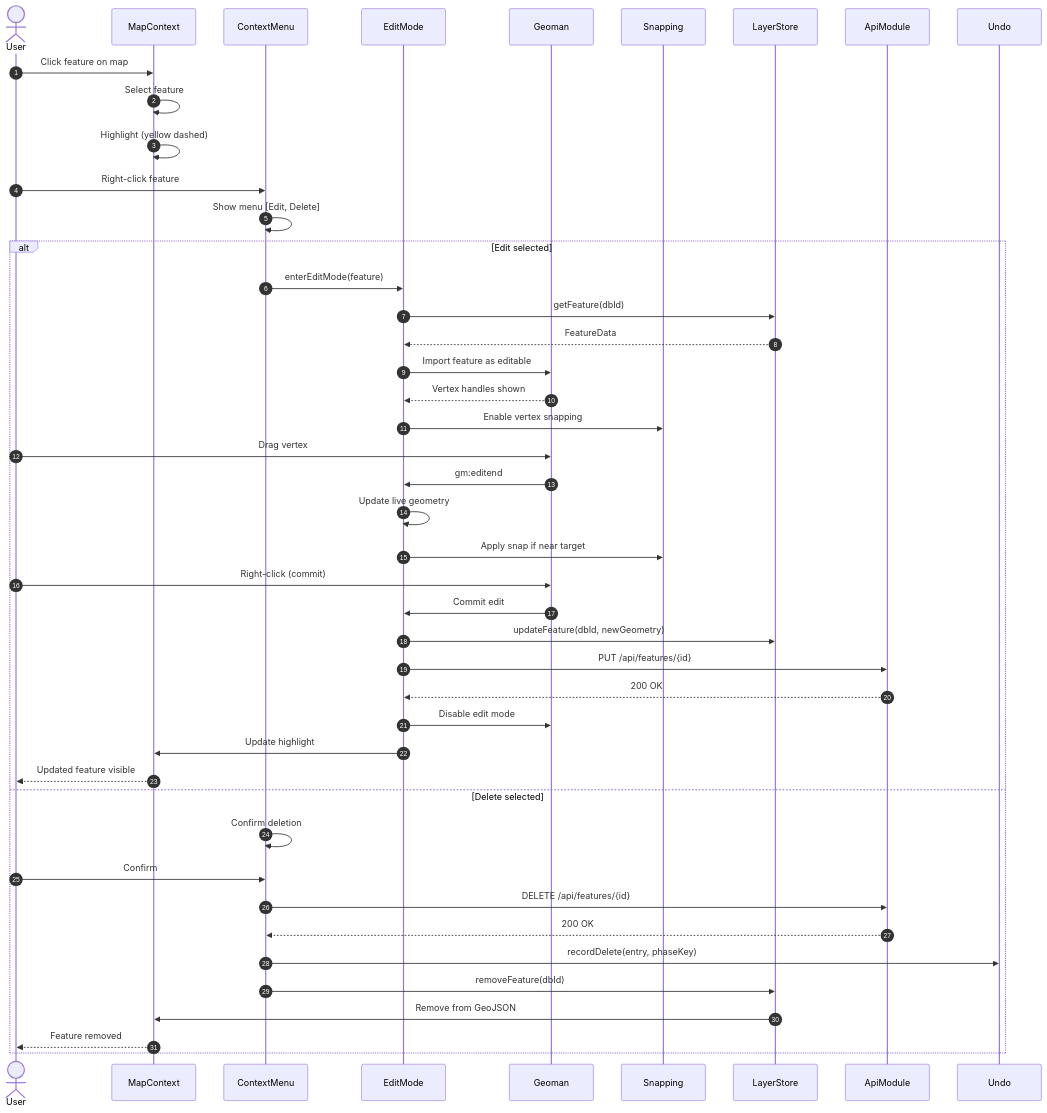
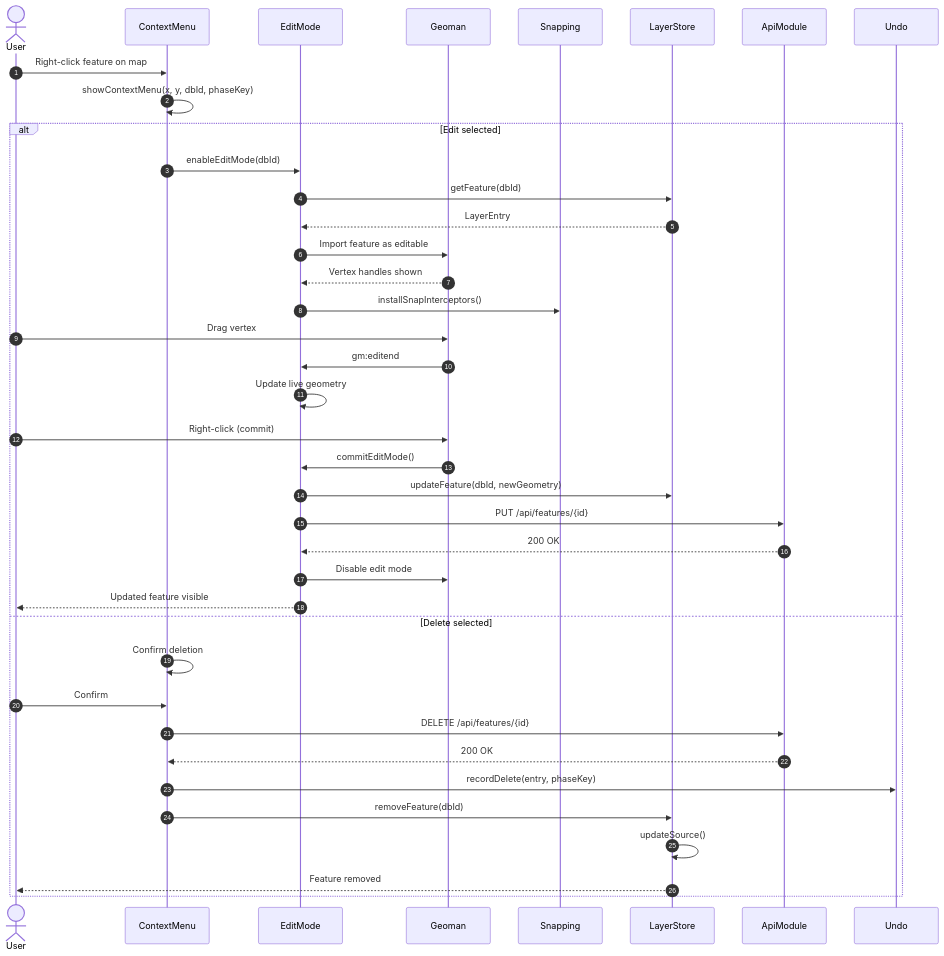
The third of 6 diagrams in docs/uml/nars-vite-sequence-diagram.md (Zuhir-Benslama/NARS), drawn with Mermaid before and after one commit. The commit also changed other lines of this file and 115 other files, not shown here.

First line of the commit message:
fix: code-quality campaign + CI workflow + UML refresh

````diff
--- a/docs/uml/nars-vite-sequence-diagram.md
+++ b/docs/uml/nars-vite-sequence-diagram.md
@@ -133,53 +142,47 @@
 ```mermaid
 sequenceDiagram
     autonumber
     actor User
-    participant MapContext
     participant ContextMenu
     participant EditMode
     participant Geoman
     participant Snapping
     participant LayerStore
     participant ApiModule
+    participant Undo
 
-    User->>MapContext: Click feature on map
-    MapContext->>MapContext: Select feature
-    MapContext->>MapContext: Highlight (yellow dashed)
-
-    User->>ContextMenu: Right-click feature
-    ContextMenu->>ContextMenu: Show menu [Edit, Delete]
+    User->>ContextMenu: Right-click feature on map
+    ContextMenu->>ContextMenu: showContextMenu(x, y, dbId, phaseKey)
 
     alt Edit selected
-        ContextMenu->>EditMode: enterEditMode(feature)
+        ContextMenu->>EditMode: enableEditMode(dbId)
         EditMode->>LayerStore: getFeature(dbId)
-        LayerStore-->>EditMode: FeatureData
+        LayerStore-->>EditMode: LayerEntry
 
         EditMode->>Geoman: Import feature as editable
         Geoman-->>EditMode: Vertex handles shown
-        EditMode->>Snapping: Enable vertex snapping
+        EditMode->>Snapping: installSnapInterceptors()
 
         User->>Geoman: Drag vertex
         Geoman->>EditMode: gm:editend
         EditMode->>EditMode: Update live geometry
-        EditMode->>Snapping: Apply snap if near target
 
         User->>Geoman: Right-click (commit)
-        Geoman->>EditMode: Commit edit
+        Geoman->>EditMode: commitEditMode()
         EditMode->>LayerStore: updateFeature(dbId, newGeometry)
         EditMode->>ApiModule: PUT /api/features/{id}
         ApiModule-->>EditMode: 200 OK
         EditMode->>Geoman: Disable edit mode
-        EditMode->>MapContext: Update highlight
-        MapContext-->>User: Updated feature visible
+        EditMode-->>User: Updated feature visible
 
     else Delete selected
         ContextMenu->>ContextMenu: Confirm deletion
         User->>ContextMenu: Confirm
         ContextMenu->>ApiModule: DELETE /api/features/{id}
         ApiModule-->>ContextMenu: 200 OK
         ContextMenu->>Undo: recordDelete(entry, phaseKey)
         ContextMenu->>LayerStore: removeFeature(dbId)
-        LayerStore->>MapContext: Remove from GeoJSON
-        MapContext-->>User: Feature removed
+        LayerStore->>LayerStore: updateSource()
+        LayerStore-->>User: Feature removed
     end
 ```
````
